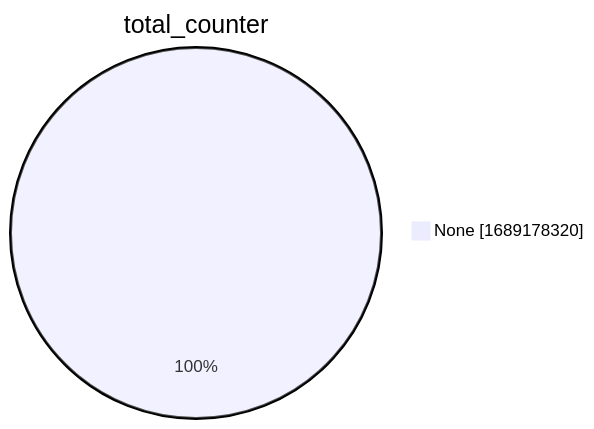
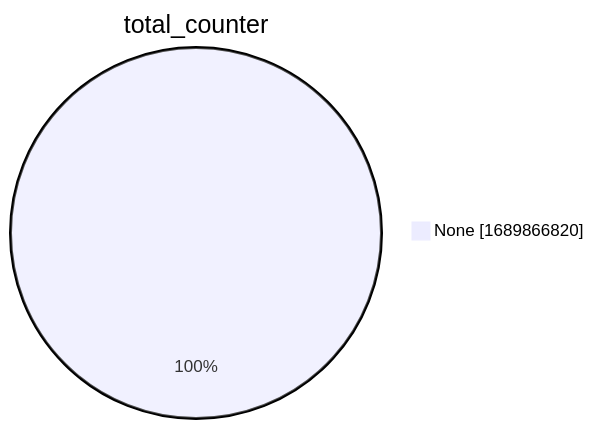
One commit to christiankrug/ctmonitor_visualization changed the second of 15 diagrams in xenon2022/README.md. Above: the diagram before and after it, drawn with Mermaid. The commit also changed other lines of this file, not shown here.

````diff
--- a/xenon2022/README.md
+++ b/xenon2022/README.md
@@ -9,5 +9,5 @@
 ```mermaid
 pie showData
 title total_counter
-"None" :1689178320
+"None" :1689866820
 ```
````
